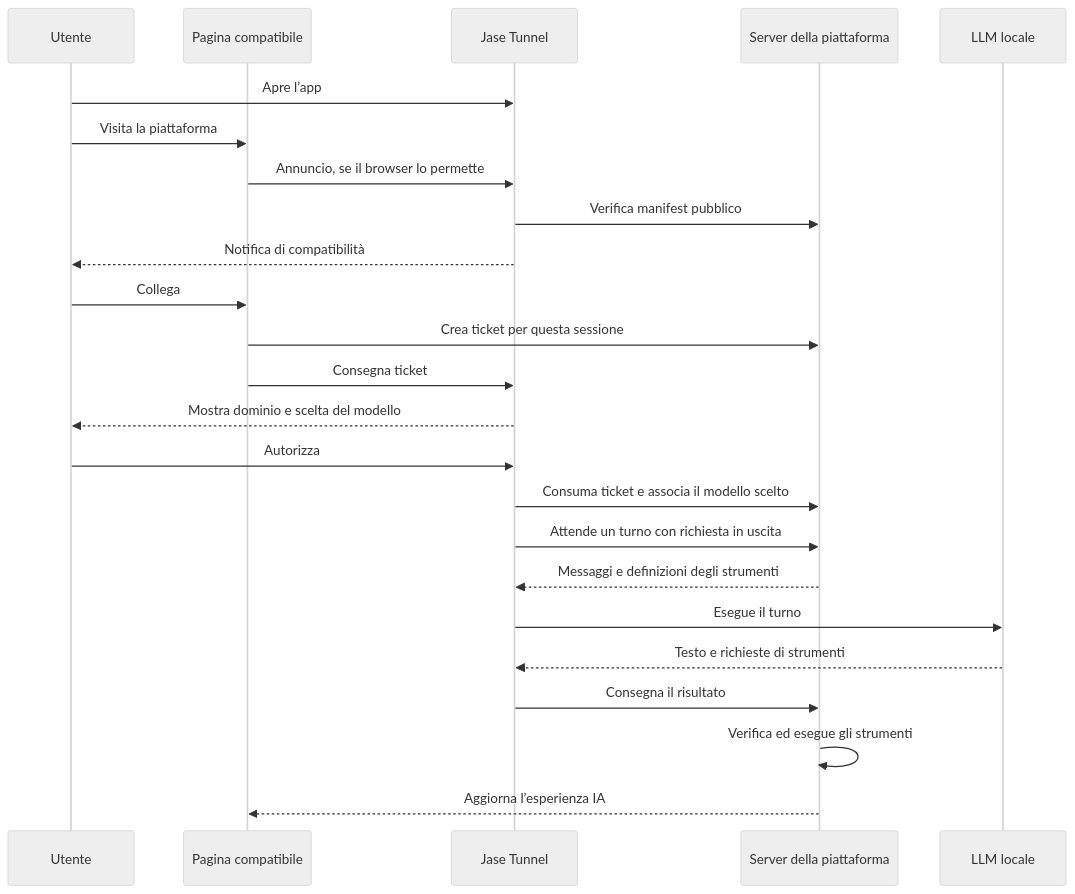
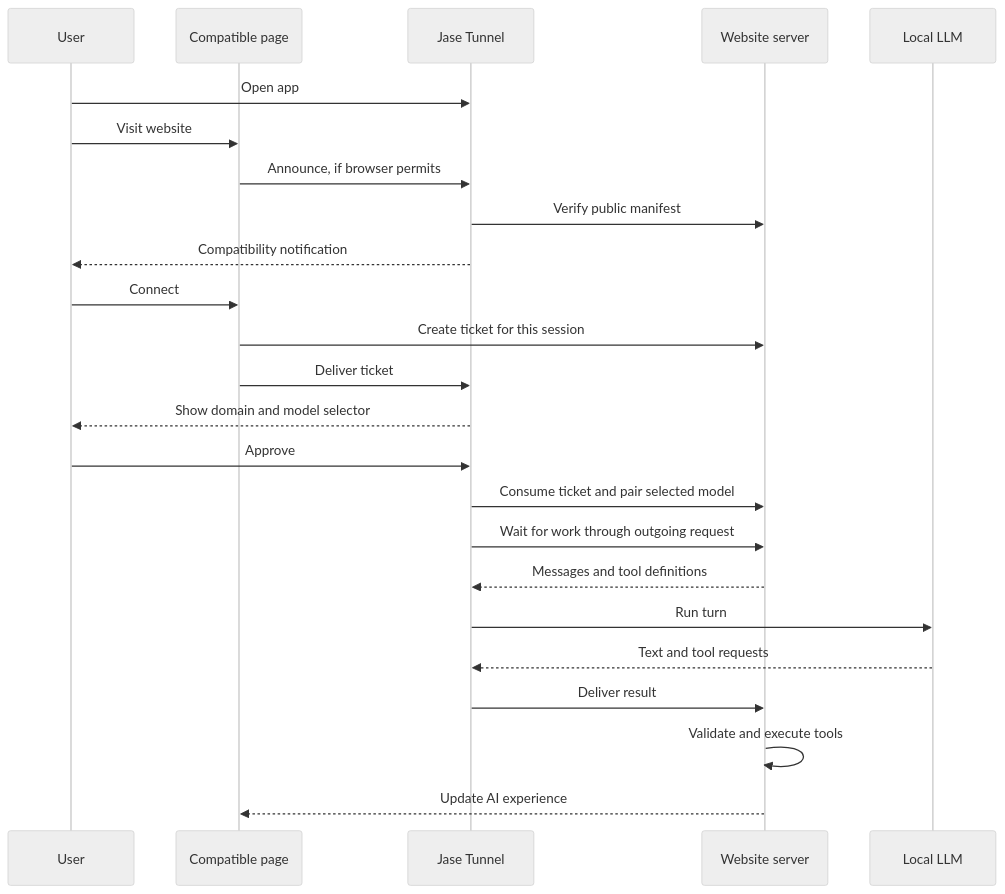
One commit to Strnozz/jase-tunnel changed the diagram in docs/WEB-STANDARD.md. Above: the diagram before and after it, drawn with Mermaid (neutral theme). The commit also changed other lines of this file and 50 other files, not shown here.

````diff
--- a/docs/WEB-STANDARD.md
+++ b/docs/WEB-STANDARD.md
@@ -48,26 +48,26 @@
 ```mermaid
 sequenceDiagram
-    participant U as Utente
-    participant P as Pagina compatibile
+    participant U as User
+    participant P as Compatible page
     participant T as Jase Tunnel
-    participant S as Server della piattaforma
-    participant M as LLM locale
-    U->>T: Apre l’app
-    U->>P: Visita la piattaforma
-    P->>T: Annuncio, se il browser lo permette
-    T->>S: Verifica manifest pubblico
-    T-->>U: Notifica di compatibilità
-    U->>P: Collega
-    P->>S: Crea ticket per questa sessione
-    P->>T: Consegna ticket
-    T-->>U: Mostra dominio e scelta del modello
-    U->>T: Autorizza
-    T->>S: Consuma ticket e associa il modello scelto
-    T->>S: Attende un turno con richiesta in uscita
-    S-->>T: Messaggi e definizioni degli strumenti
-    T->>M: Esegue il turno
-    M-->>T: Testo e richieste di strumenti
-    T->>S: Consegna il risultato
-    S->>S: Verifica ed esegue gli strumenti
-    S-->>P: Aggiorna l’esperienza IA
+    participant S as Website server
+    participant M as Local LLM
+    U->>T: Open app
+    U->>P: Visit website
+    P->>T: Announce, if browser permits
+    T->>S: Verify public manifest
+    T-->>U: Compatibility notification
+    U->>P: Connect
+    P->>S: Create ticket for this session
+    P->>T: Deliver ticket
+    T-->>U: Show domain and model selector
+    U->>T: Approve
+    T->>S: Consume ticket and pair selected model
+    T->>S: Wait for work through outgoing request
+    S-->>T: Messages and tool definitions
+    T->>M: Run turn
+    M-->>T: Text and tool requests
+    T->>S: Deliver result
+    S->>S: Validate and execute tools
+    S-->>P: Update AI experience
 ```
````
